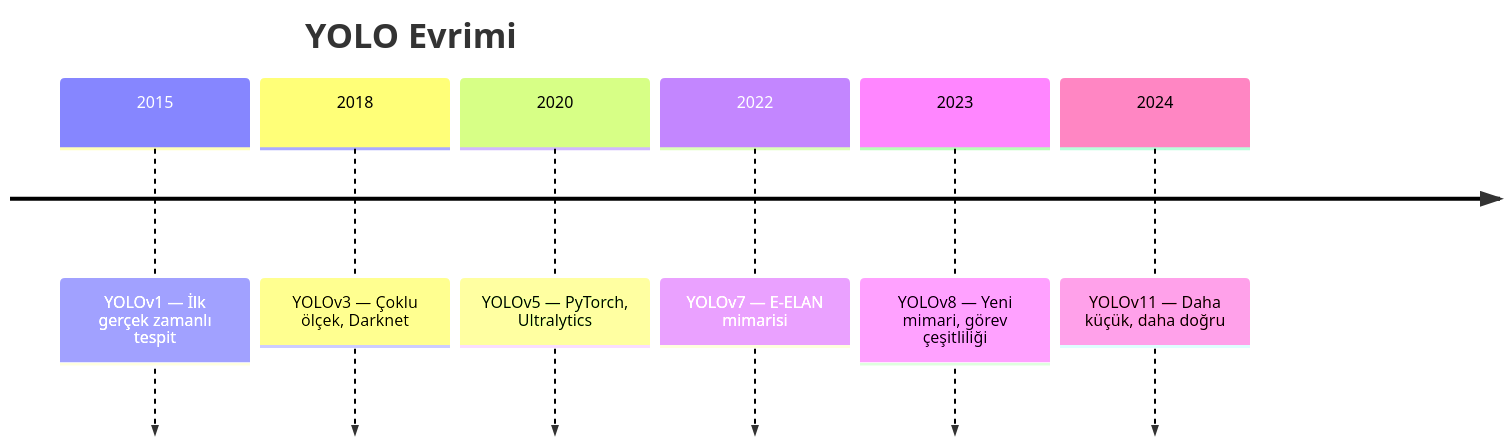
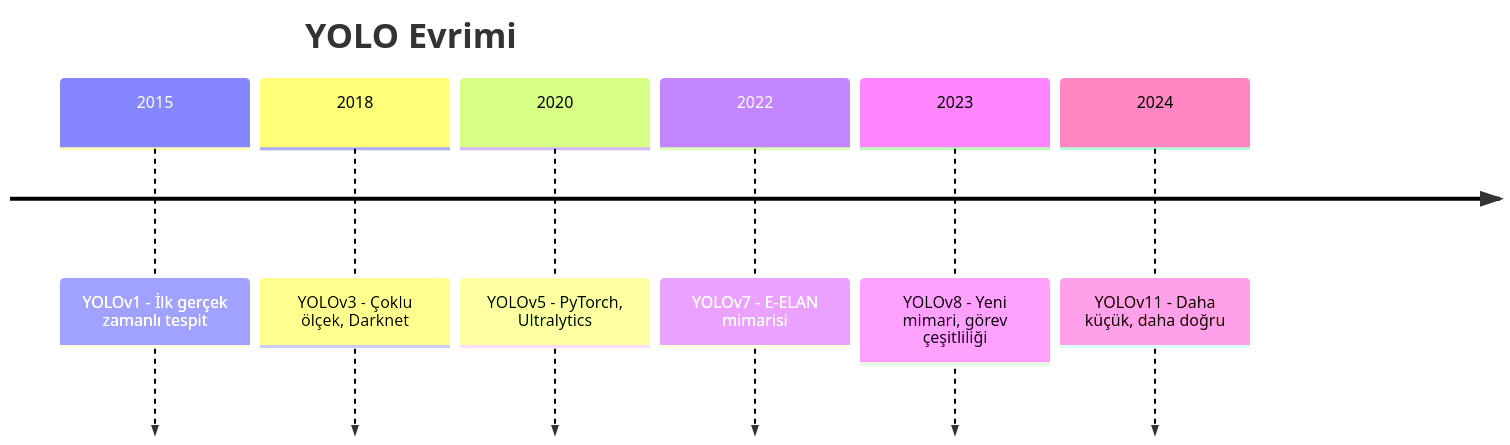
One commit to serkanMzlm/MechatronicsNotebook changed the second of 2 diagrams in docs/md/ai/yolo.md. Above: the diagram before and after it, drawn with Mermaid. The commit also changed other lines of this file and 121 other files, not shown here.

````diff
--- a/docs/md/ai/yolo.md
+++ b/docs/md/ai/yolo.md
@@ -291,10 +291,10 @@
 ```mermaid
 timeline
     title YOLO Evrimi
-    2015 : YOLOv1 — İlk gerçek zamanlı tespit
-    2018 : YOLOv3 — Çoklu ölçek, Darknet
-    2020 : YOLOv5 — PyTorch, Ultralytics
-    2022 : YOLOv7 — E-ELAN mimarisi
-    2023 : YOLOv8 — Yeni mimari, görev çeşitliliği
-    2024 : YOLOv11 — Daha küçük, daha doğru
+    2015 : YOLOv1 - İlk gerçek zamanlı tespit
+    2018 : YOLOv3 - Çoklu ölçek, Darknet
+    2020 : YOLOv5 - PyTorch, Ultralytics
+    2022 : YOLOv7 - E-ELAN mimarisi
+    2023 : YOLOv8 - Yeni mimari, görev çeşitliliği
+    2024 : YOLOv11 - Daha küçük, daha doğru
 ```
````
